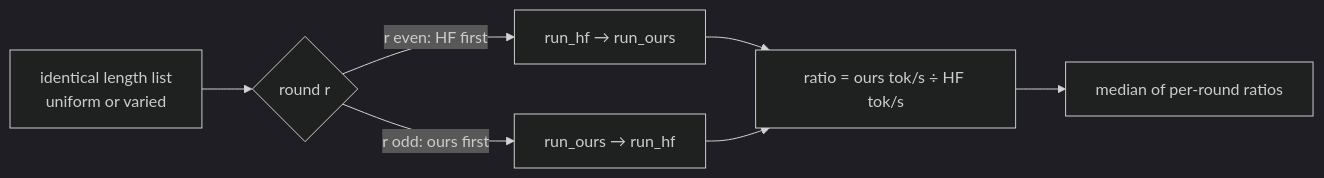
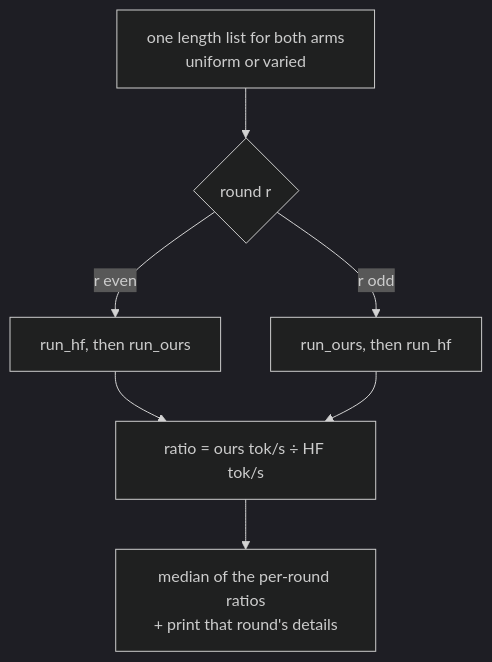
The third of 4 diagrams in Interview prep/Days/Day 03 - mini-vLLM III.md (jayavardhan-g/projects-vault), drawn with Mermaid (dark theme) before and after one commit. The commit also changed other lines of this file and 12 other files, not shown here.

First line of the commit message:
projects: Days 2-14 "Code, explained": full-width top-to-bottom diagrams, a figure per section, and a step-by-step flow per day

````diff
--- a/Interview prep/Days/Day 03 - mini-vLLM III.md
+++ b/Interview prep/Days/Day 03 - mini-vLLM III.md
@@ -292,9 +304,9 @@
 ```mermaid
-flowchart LR
-  LEN["identical length list<br/>uniform or varied"] --> R{"round r"}
-  R -->|"r even: HF first"| A["run_hf → run_ours"]
-  R -->|"r odd: ours first"| B["run_ours → run_hf"]
+flowchart TB
+  LEN["one length list for both arms<br/>uniform or varied"] --> R{"round r"}
+  R -->|"r even"| A["run_hf, then run_ours"]
+  R -->|"r odd"| B["run_ours, then run_hf"]
   A --> RT["ratio = ours tok/s ÷ HF tok/s"]
   B --> RT
-  RT --> MED["median of per-round ratios"]
+  RT --> MED["median of the per-round ratios<br/>+ print that round's details"]
 ```
````
